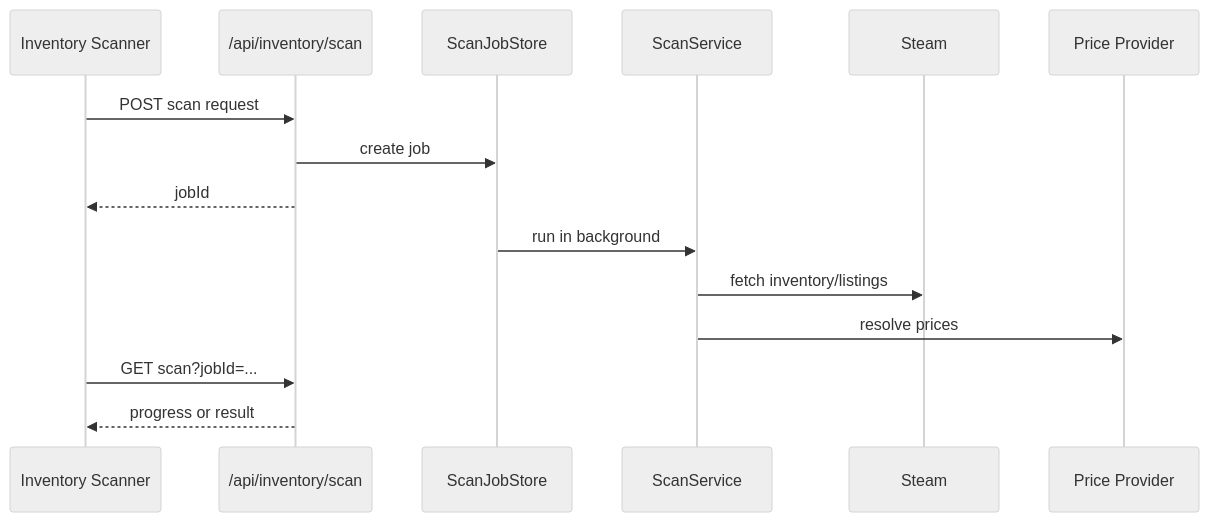
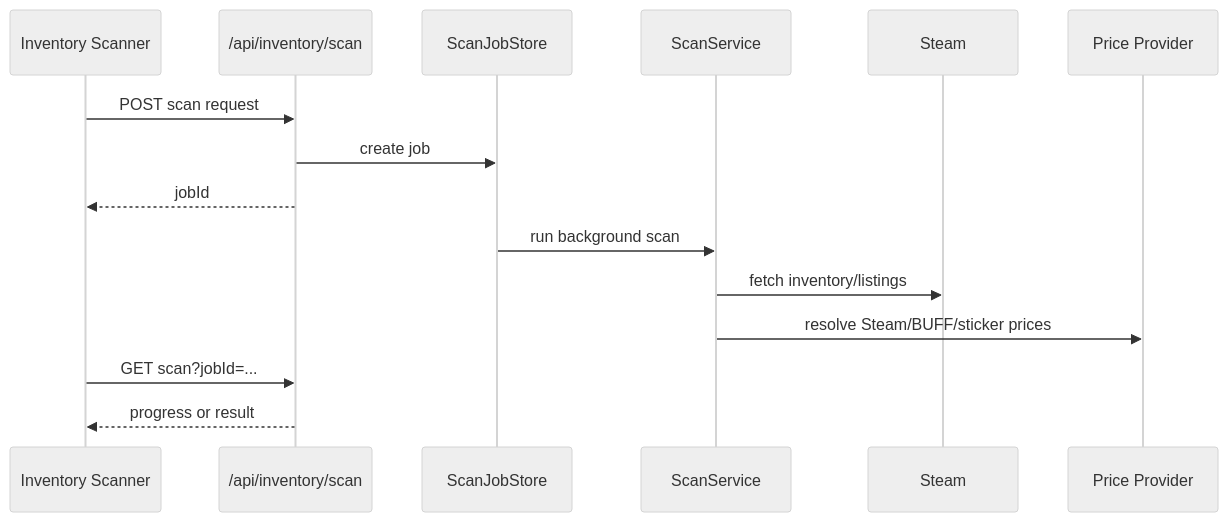
Before and after one commit to fumodayo/cs2-tracking: the fourth of 4 diagrams in docs/ARCHITECTURE.md, drawn with Mermaid (neutral theme). The commit also changed other lines of this file and 3 other files, not shown here.

First line of the commit message:
docs: update README, architecture, deployment, and API reference

````diff
--- a/docs/ARCHITECTURE.md
+++ b/docs/ARCHITECTURE.md
@@ -196,18 +249,18 @@
 ```mermaid
 sequenceDiagram
     participant UI as Inventory Scanner
     participant API as /api/inventory/scan
     participant Jobs as ScanJobStore
     participant Scan as ScanService
     participant Steam as Steam
     participant Price as Price Provider
 
     UI->>API: POST scan request
     API->>Jobs: create job
     API-->>UI: jobId
-    Jobs->>Scan: run in background
+    Jobs->>Scan: run background scan
     Scan->>Steam: fetch inventory/listings
-    Scan->>Price: resolve prices
+    Scan->>Price: resolve Steam/BUFF/sticker prices
     UI->>API: GET scan?jobId=...
     API-->>UI: progress or result
 ```
````
